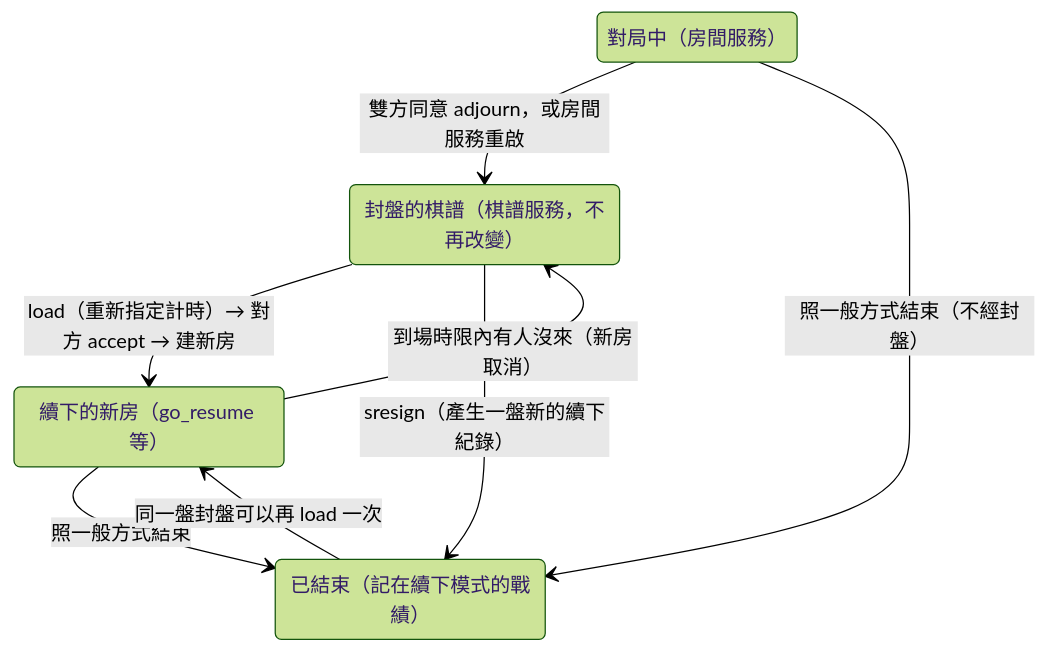
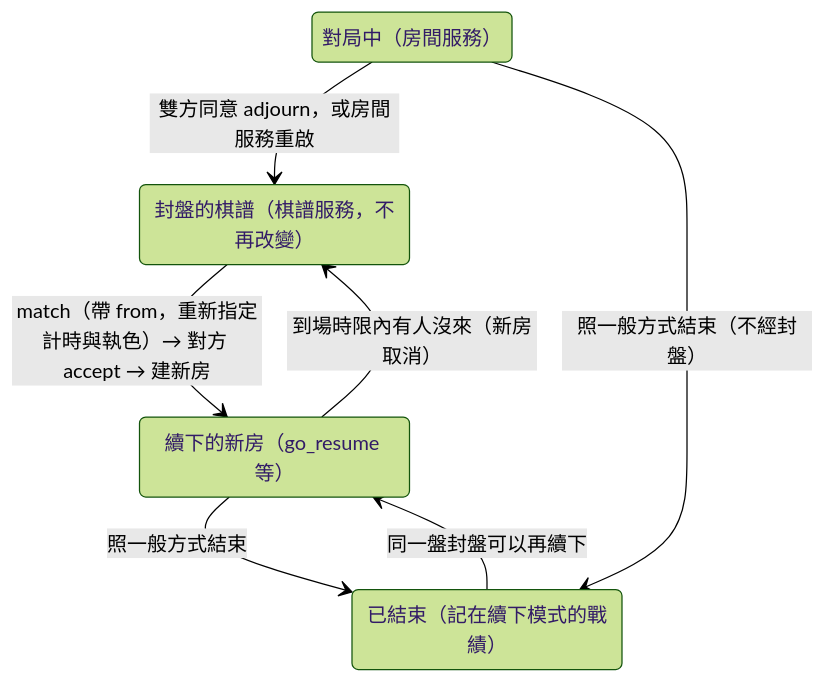
Before and after one commit to yshsu0918/yi-arena: the tenth of 10 diagrams in docs/spec_v2.md, drawn with Mermaid (forest theme). The commit also changed other lines of this file and 3 other files, not shown here.

First line of the commit message:
D-42: resume through match with from, drop load and sresign, seat-count rules

````diff
--- a/docs/spec_v2.md
+++ b/docs/spec_v2.md
@@ -1246,15 +1247,14 @@
 ```mermaid
 stateDiagram-v2
   state "對局中（房間服務）" as playing
   state "封盤的棋譜（棋譜服務，不再改變）" as adjourned
   state "續下的新房（go_resume 等）" as resumed
   state "已結束（記在續下模式的戰績）" as finished
 
   playing --> adjourned: 雙方同意 adjourn，或房間服務重啟
-  adjourned --> resumed: load（重新指定計時）→ 對方 accept → 建新房
+  adjourned --> resumed: match（帶 from，重新指定計時與執色）→ 對方 accept → 建新房
   resumed --> adjourned: 到場時限內有人沒來（新房取消）
   resumed --> finished: 照一般方式結束
-  adjourned --> finished: sresign（產生一盤新的續下紀錄）
-  finished --> resumed: 同一盤封盤可以再 load 一次
+  finished --> resumed: 同一盤封盤可以再續下
   playing --> finished: 照一般方式結束（不經封盤）
 ```
````
